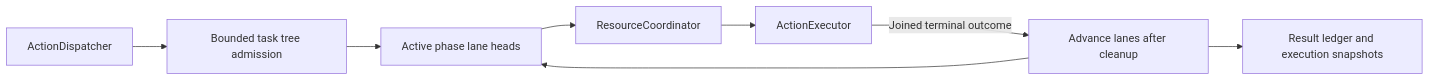
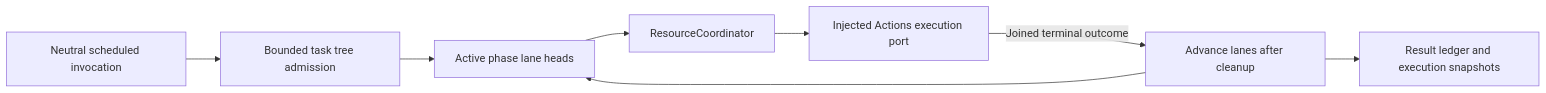
Before and after one commit to devilyouwei/MobileHarness: the diagram in MobileHarness/Gateway/Output/Scheduling/README.md, drawn with Mermaid. The commit also changed other lines of this file and 352 other files, not shown here.

````diff
--- a/MobileHarness/Gateway/Output/Scheduling/README.md
+++ b/MobileHarness/Gateway/Output/Scheduling/README.md
@@ -15,10 +15,10 @@
 ```mermaid
 flowchart LR
- Dispatch[ActionDispatcher] --> Admit[Bounded task tree admission]
+ Dispatch[Neutral scheduled invocation] --> Admit[Bounded task tree admission]
  Admit --> Active[Active phase lane heads]
  Active --> Resources[ResourceCoordinator]
- Resources --> Executor[ActionExecutor]
+ Resources --> Executor[Injected Actions execution port]
  Executor -->|Joined terminal outcome| Advance[Advance lanes after cleanup]
  Advance --> Active
  Advance --> Results[Result ledger and execution snapshots]
 ```
````
